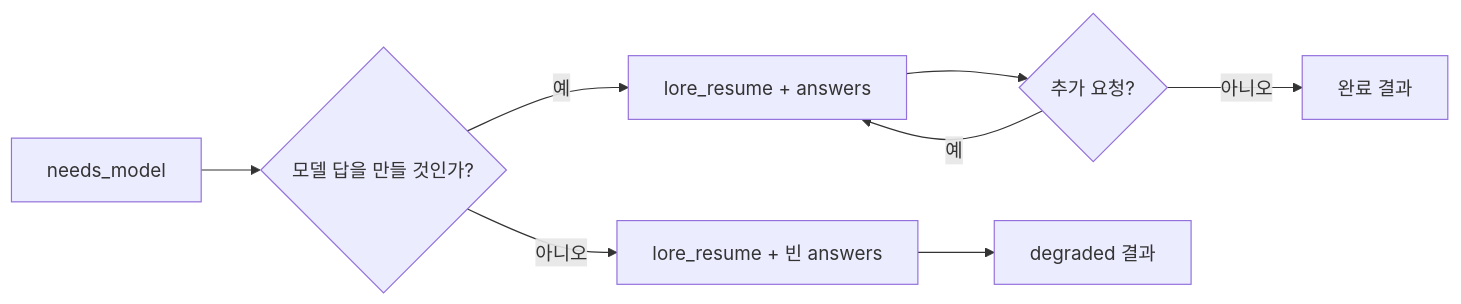
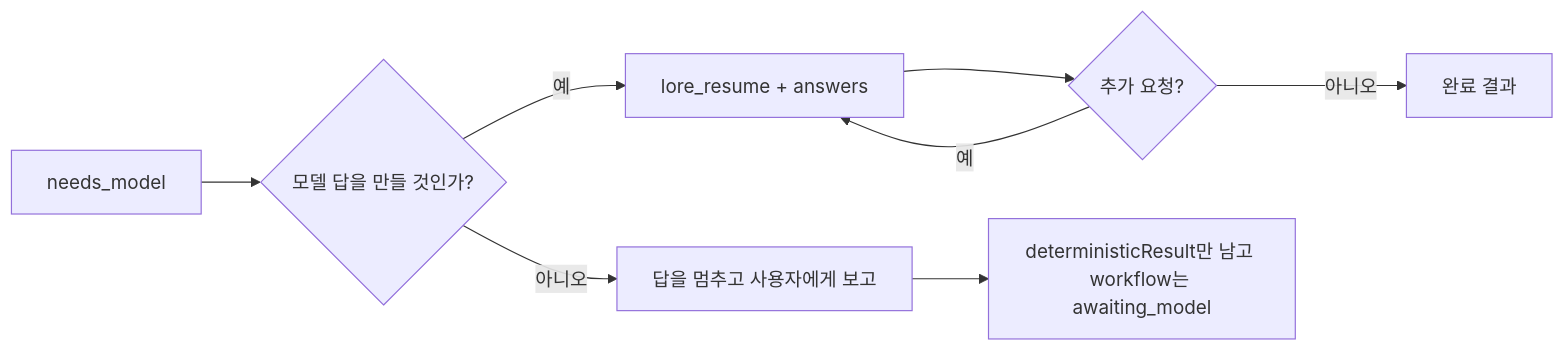
The second of 3 diagrams in docs/OPERATIONS.md (fbwndrud/vibelore), drawn with Mermaid before and after one commit. The commit also changed other lines of this file and 18 other files, not shown here.

````diff
--- a/docs/OPERATIONS.md
+++ b/docs/OPERATIONS.md
@@ -75,10 +75,10 @@
 ```mermaid
 flowchart LR
     N[needs_model] --> A{모델 답을 만들 것인가?}
     A -->|예| R[lore_resume + answers]
-    A -->|아니오| D[lore_resume + 빈 answers]
+    A -->|아니오| D[답을 멈추고 사용자에게 보고]
     R --> N2{추가 요청?}
     N2 -->|예| R
     N2 -->|아니오| C[완료 결과]
-    D --> G[degraded 결과]
+    D --> G[deterministicResult만 남고 workflow는 awaiting_model]
 ```
````
